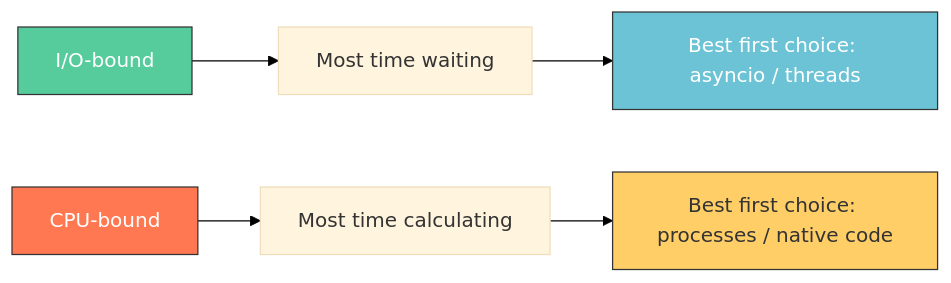
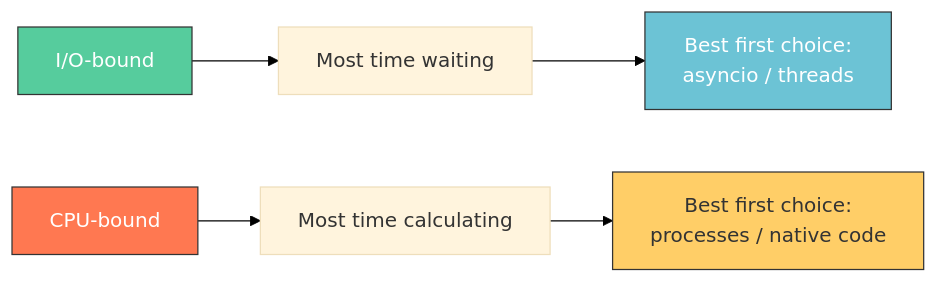
Before and after one commit to tanquangduong/tanquangduong.github.io: the second of 3 diagrams in posts/swe-interview/Python-SWE-Interview-QA-5.qmd, drawn with Mermaid (base theme). The commit also changed other lines of this file and 228 other files, not shown here.

````diff
--- a/posts/swe-interview/Python-SWE-Interview-QA-5.qmd
+++ b/posts/swe-interview/Python-SWE-Interview-QA-5.qmd
@@ -134,14 +134,14 @@
 ```{mermaid}
 graph LR
     linkStyle default stroke:#000,color:#000
     IO["I/O-bound"] --> IO2["Most time waiting"]
     CPU["CPU-bound"] --> CPU2["Most time calculating"]
 
-    IO2 --> ASYNC["Best first choice: asyncio / threads"]
-    CPU2 --> PROC["Best first choice: processes / native code"]
+    IO2 --> ASYNC["Best first choice:<br/>asyncio / threads"]
+    CPU2 --> PROC["Best first choice:<br/>processes / native code"]
 
     style IO fill:#56cc9d,stroke:#333,color:#fff
     style CPU fill:#ff7851,stroke:#333,color:#fff
     style ASYNC fill:#6cc3d5,stroke:#333,color:#fff
     style PROC fill:#ffce67,stroke:#333
 ```
````
